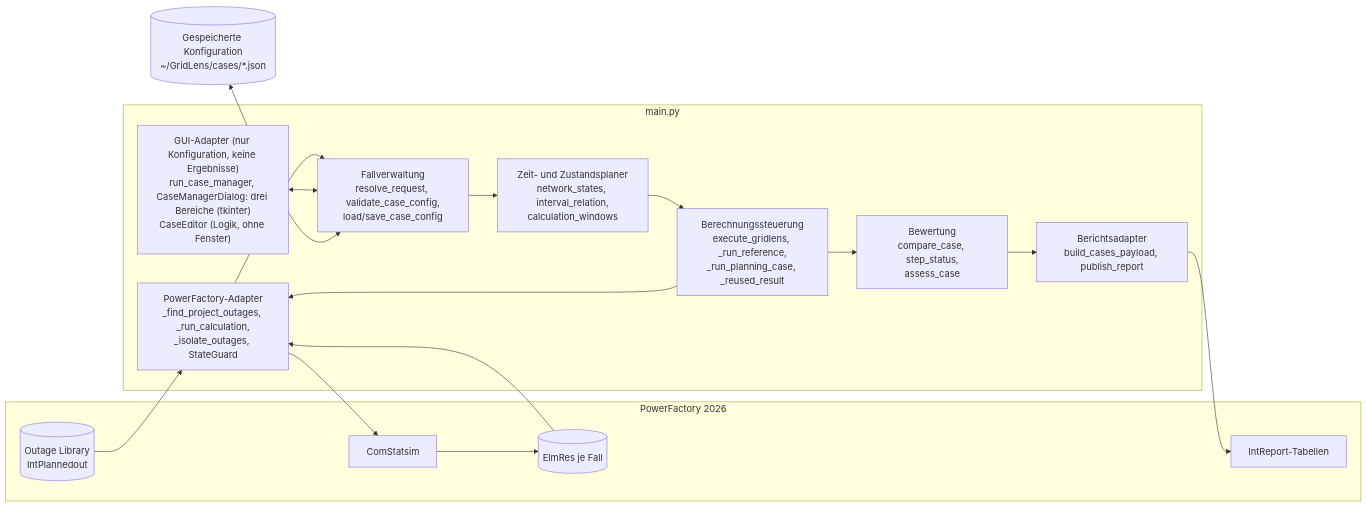
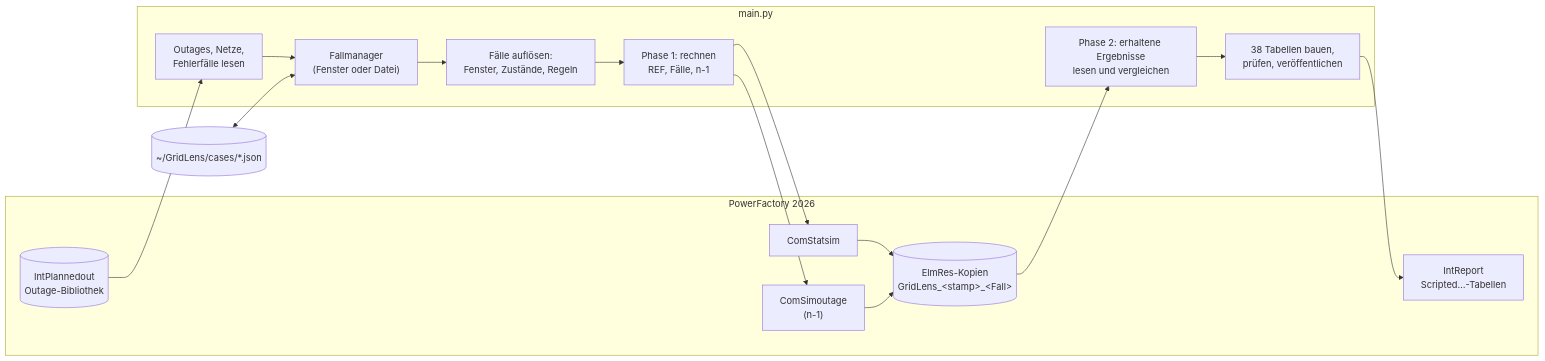
The first of 5 diagrams in docs/de/ARCHITEKTUR.md (hadiibrahim-Engin/GridLensAssessment), drawn with Mermaid before and after one commit. The commit also changed other lines of this file and 13 other files, not shown here.

````diff
--- a/docs/de/ARCHITEKTUR.md
+++ b/docs/de/ARCHITEKTUR.md
@@ -128,26 +42,24 @@
 ```mermaid
 flowchart LR
     subgraph PF["PowerFactory 2026"]
-        OL[("Outage Library<br/>IntPlannedout")]
+        OL[("IntPlannedout<br/>Outage-Bibliothek")]
         QDS["ComStatsim"]
-        RES[("ElmRes je Fall")]
-        REP["IntReport-Tabellen"]
+        CA["ComSimoutage<br/>(n-1)"]
+        RES[("ElmRes-Kopien<br/>GridLens_&lt;stamp&gt;_&lt;Fall&gt;")]
+        REP["IntReport<br/>Scripted…-Tabellen"]
     end
     subgraph GL["main.py"]
-        AD["PowerFactory-Adapter<br/>_find_project_outages, _run_calculation,<br/>_isolate_outages, StateGuard"]
-        CM["Fallverwaltung<br/>resolve_request, validate_case_config,<br/>load/save_case_config"]
-        GUI["GUI-Adapter (nur Konfiguration, keine Ergebnisse)<br/>run_case_manager, CaseManagerDialog: drei Bereiche (tkinter)<br/>CaseEditor (Logik, ohne Fenster)"]
-        TP["Zeit- und Zustandsplaner<br/>network_states, interval_relation,<br/>calculation_windows"]
-        OR["Berechnungssteuerung<br/>execute_gridlens, _run_reference,<br/>_run_planning_case, _reused_result"]
-        AE["Bewertung<br/>compare_case, step_status,<br/>assess_case"]
-        RA["Berichtsadapter<br/>build_cases_payload, publish_report"]
+        IN["Outages, Netze,<br/>Fehlerfälle lesen"]
+        CM["Fallmanager<br/>(Fenster oder Datei)"]
+        RQ["Fälle auflösen:<br/>Fenster, Zustände, Regeln"]
+        P1["Phase 1: rechnen<br/>REF, Fälle, n-1"]
+        P2["Phase 2: erhaltene Ergebnisse<br/>lesen und vergleichen"]
+        RP["38 Tabellen bauen,<br/>prüfen, veröffentlichen"]
     end
-    CFG[("Gespeicherte Konfiguration<br/>~/GridLens/cases/*.json")]
-    OL --> AD --> CM
-    GUI <--> CM
+    CFG[("~/GridLens/cases/*.json")]
+    OL --> IN --> CM --> RQ --> P1
     CFG <--> CM
-    CM --> TP --> OR
-    OR --> AD
-    AD --> QDS --> RES --> AD
-    OR --> AE --> RA --> REP
+    P1 --> QDS --> RES
+    P1 --> CA --> RES
+    RES --> P2 --> RP --> REP
 ```
````
